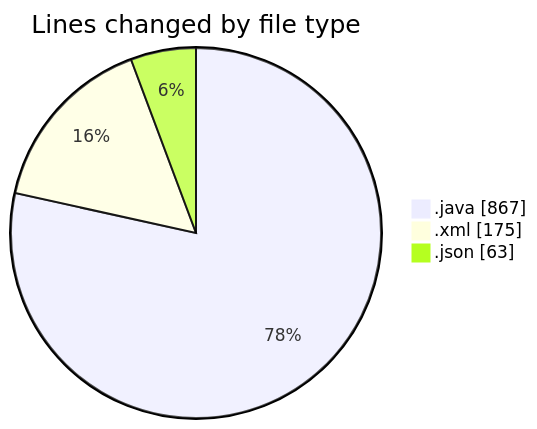
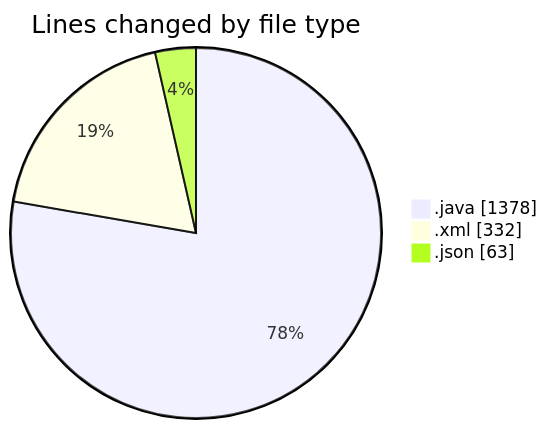
One commit to ricardozamudiocil/code-tracking changed the first of 2 diagrams in 2026-07-07/cilreports__workspace_/README.md. Above: the diagram before and after it, drawn with Mermaid. The commit also changed other lines of this file and 1 other file, not shown here.

````diff
--- a/2026-07-07/cilreports__workspace_/README.md
+++ b/2026-07-07/cilreports__workspace_/README.md
@@ -22,7 +23,7 @@
 ```mermaid
 pie showData
 title Lines changed by file type
-".java" : 867
-".xml" : 175
+".java" : 1378
+".xml" : 332
 ".json" : 63
 ```
````
